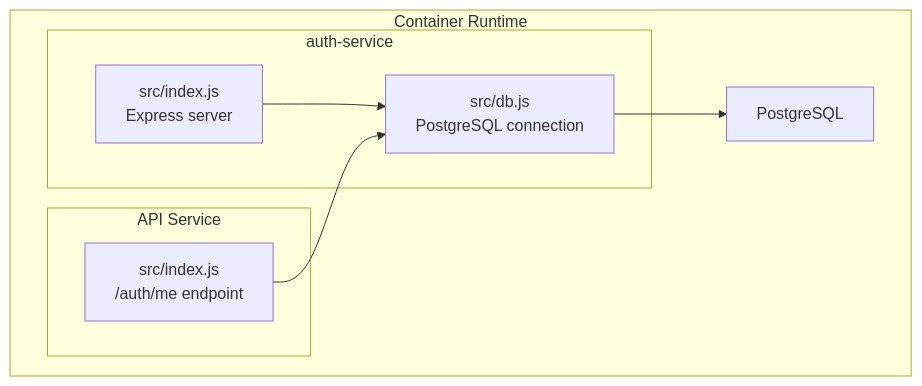
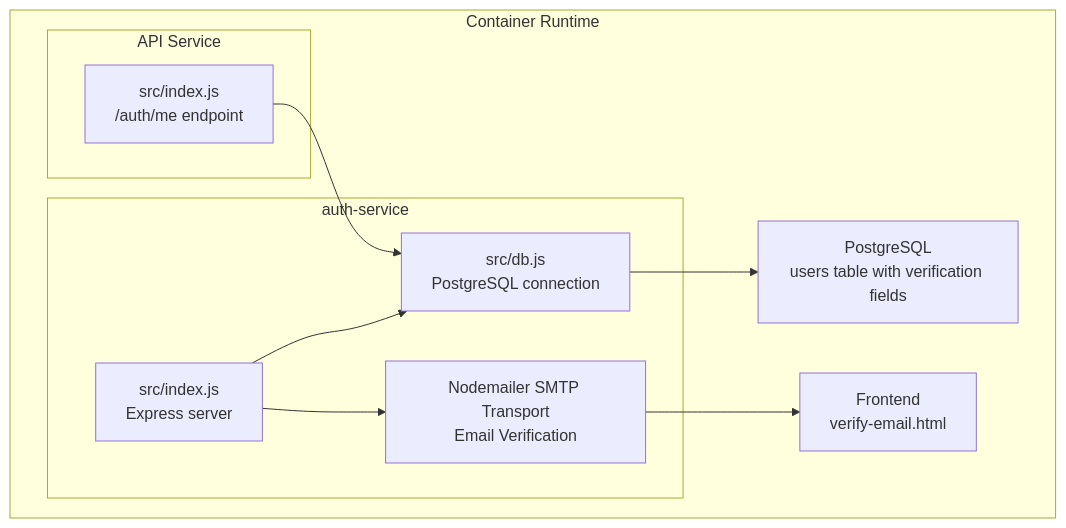
One commit to ikramhh/signvue-project changed the first of 14 diagrams in .qoder/repowiki/en/content/Authentication Service.md. Above: the diagram before and after it, drawn with Mermaid. The commit also changed other lines of this file and 4 other files, not shown here.

````diff
--- a/.qoder/repowiki/en/content/Authentication Service.md
+++ b/.qoder/repowiki/en/content/Authentication Service.md
@@ -42,16 +46,20 @@
 ```mermaid
 graph TB
 subgraph "Container Runtime"
 subgraph "auth-service"
 A_Index["src/index.js<br/>Express server"]
 A_DB["src/db.js<br/>PostgreSQL connection"]
+A_Mailer["Nodemailer SMTP Transport<br/>Email Verification"]
 end
 subgraph "API Service"
 API_Index["src/index.js<br/>/auth/me endpoint"]
 end
-PG["PostgreSQL"]
+PG["PostgreSQL<br/>users table with verification fields"]
+FRONT["Frontend<br/>verify-email.html"]
 end
 A_Index --> A_DB
 A_DB --> PG
+A_Index --> A_Mailer
+A_Mailer --> FRONT
 API_Index --> A_DB
 ```
````
